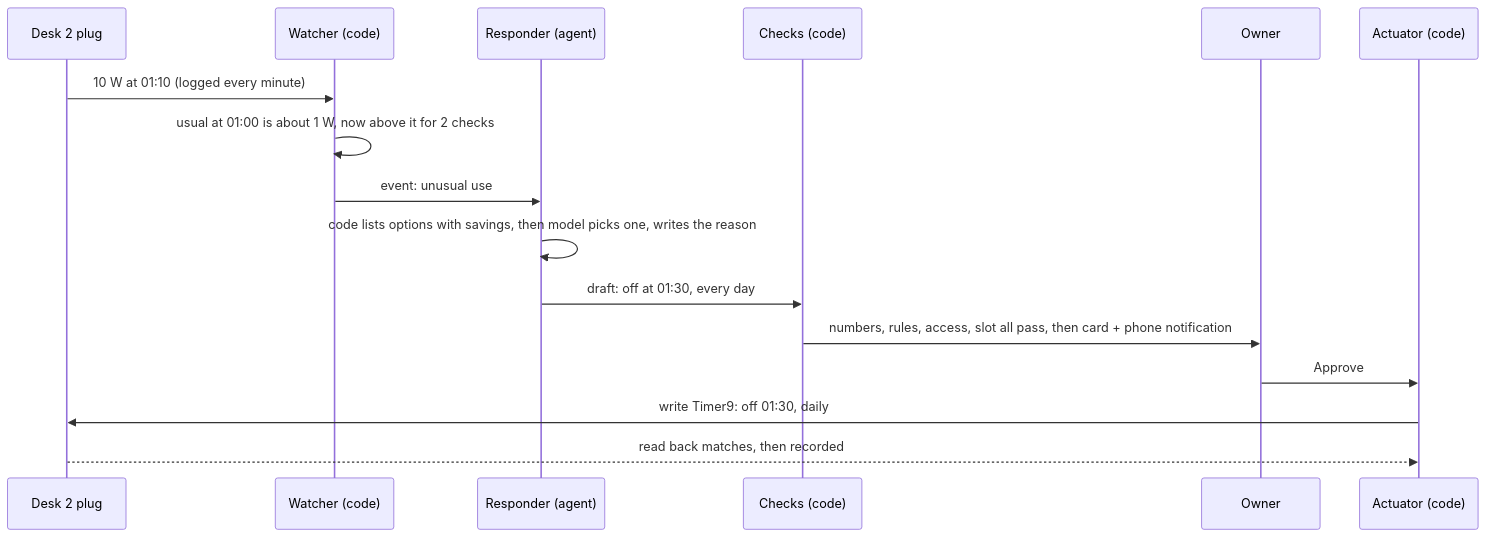
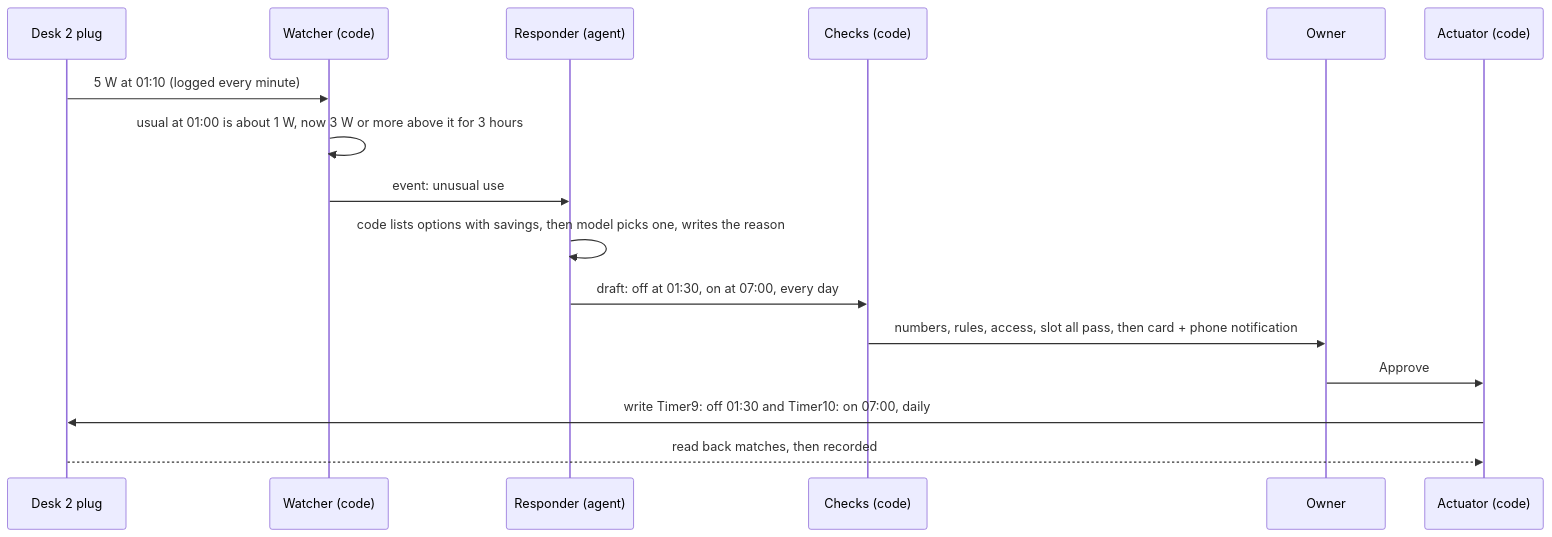
The second of 4 diagrams in docs/design.md (PaSathees/agentc-edge), drawn with Mermaid before and after one commit. The commit also changed other lines of this file and 42 other files, not shown here.

````diff
--- a/docs/design.md
+++ b/docs/design.md
@@ -35,18 +35,18 @@
 ```mermaid
 sequenceDiagram
   participant P as Desk 2 plug
   participant W as Watcher (code)
   participant R as Responder (agent)
   participant C as Checks (code)
   participant O as Owner
   participant A as Actuator (code)
-  P->>W: 10 W at 01:10 (logged every minute)
-  W->>W: usual at 01:00 is about 1 W, now above it for 2 checks
+  P->>W: 5 W at 01:10 (logged every minute)
+  W->>W: usual at 01:00 is about 1 W, now 3 W or more above it for 3 hours
   W->>R: event: unusual use
   R->>R: code lists options with savings, then model picks one, writes the reason
-  R->>C: draft: off at 01:30, every day
+  R->>C: draft: off at 01:30, on at 07:00, every day
   C->>O: numbers, rules, access, slot all pass, then card + phone notification
   O->>A: Approve
-  A->>P: write Timer9: off 01:30, daily
+  A->>P: write Timer9: off 01:30 and Timer10: on 07:00, daily
   P-->>A: read back matches, then recorded
 ```
````
